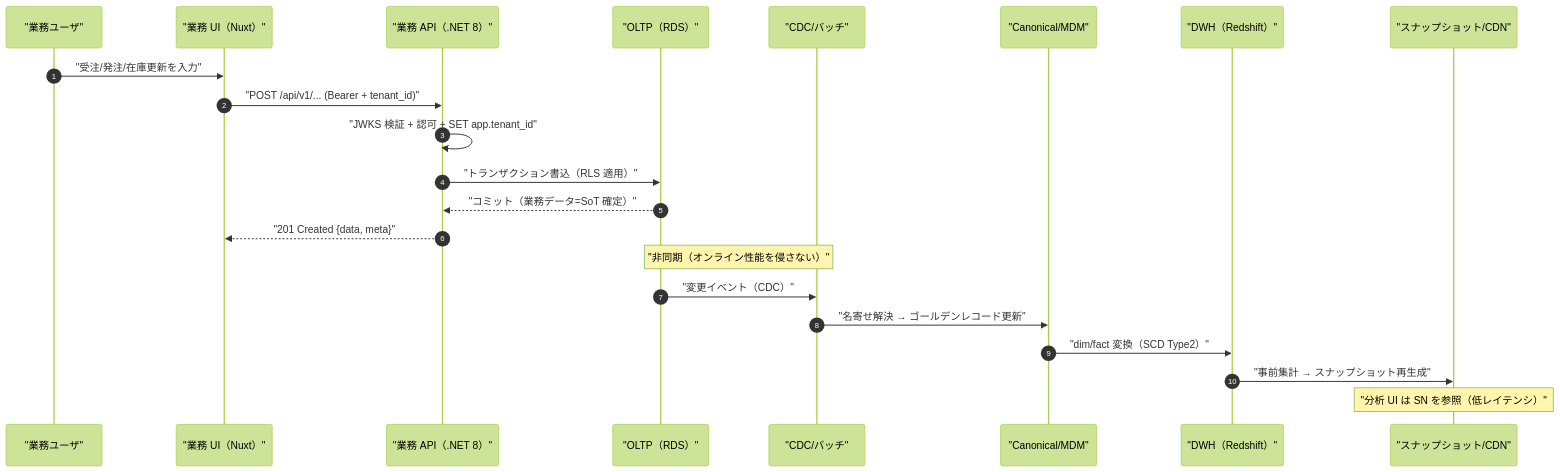
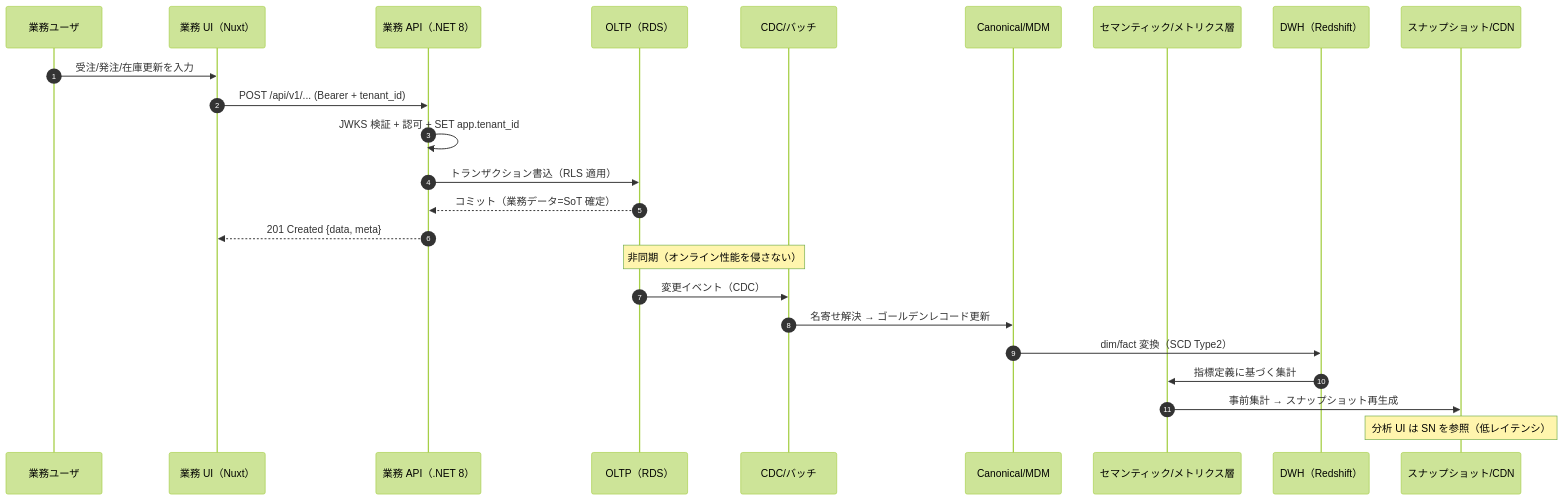
Before and after one commit to TSUNAGUBA/akebono-honshu: the fourth of 8 diagrams in docs/platform-design/basic-design/02-overall-architecture.md, drawn with Mermaid (forest theme). The commit also changed other lines of this file and 30 other files, not shown here.

````diff
--- a/docs/platform-design/basic-design/02-overall-architecture.md
+++ b/docs/platform-design/basic-design/02-overall-architecture.md
@@ -285,25 +286,27 @@
 ```mermaid
 sequenceDiagram
     autonumber
-    participant U as "業務ユーザ"
-    participant UI as "業務 UI（Nuxt）"
-    participant API as "業務 API（.NET 8）"
-    participant DB as "OLTP（RDS）"
-    participant CDC as "CDC/バッチ"
-    participant CAN as "Canonical/MDM"
-    participant DWH as "DWH（Redshift）"
-    participant SN as "スナップショット/CDN"
+    participant U as 業務ユーザ
+    participant UI as 業務 UI（Nuxt）
+    participant API as 業務 API（.NET 8）
+    participant DB as OLTP（RDS）
+    participant CDC as CDC/バッチ
+    participant CAN as Canonical/MDM
+    participant SEM as セマンティック/メトリクス層
+    participant DWH as DWH（Redshift）
+    participant SN as スナップショット/CDN
 
-    U->>UI: "受注/発注/在庫更新を入力"
-    UI->>API: "POST /api/v1/... (Bearer + tenant_id)"
-    API->>API: "JWKS 検証 + 認可 + SET app.tenant_id"
-    API->>DB: "トランザクション書込（RLS 適用）"
-    DB-->>API: "コミット（業務データ=SoT 確定）"
-    API-->>UI: "201 Created {data, meta}"
-    Note over DB,CDC: "非同期（オンライン性能を侵さない）"
-    DB->>CDC: "変更イベント（CDC）"
-    CDC->>CAN: "名寄せ解決 → ゴールデンレコード更新"
-    CAN->>DWH: "dim/fact 変換（SCD Type2）"
-    DWH->>SN: "事前集計 → スナップショット再生成"
-    Note over SN: "分析 UI は SN を参照（低レイテンシ）"
+    U->>UI: 受注/発注/在庫更新を入力
+    UI->>API: POST /api/v1/... (Bearer + tenant_id)
+    API->>API: JWKS 検証 + 認可 + SET app.tenant_id
+    API->>DB: トランザクション書込（RLS 適用）
+    DB-->>API: コミット（業務データ=SoT 確定）
+    API-->>UI: 201 Created {data, meta}
+    Note over DB,CDC: 非同期（オンライン性能を侵さない）
+    DB->>CDC: 変更イベント（CDC）
+    CDC->>CAN: 名寄せ解決 → ゴールデンレコード更新
+    CAN->>DWH: dim/fact 変換（SCD Type2）
+    DWH->>SEM: 指標定義に基づく集計
+    SEM->>SN: 事前集計 → スナップショット再生成
+    Note over SN: 分析 UI は SN を参照（低レイテンシ）
 ```
````
